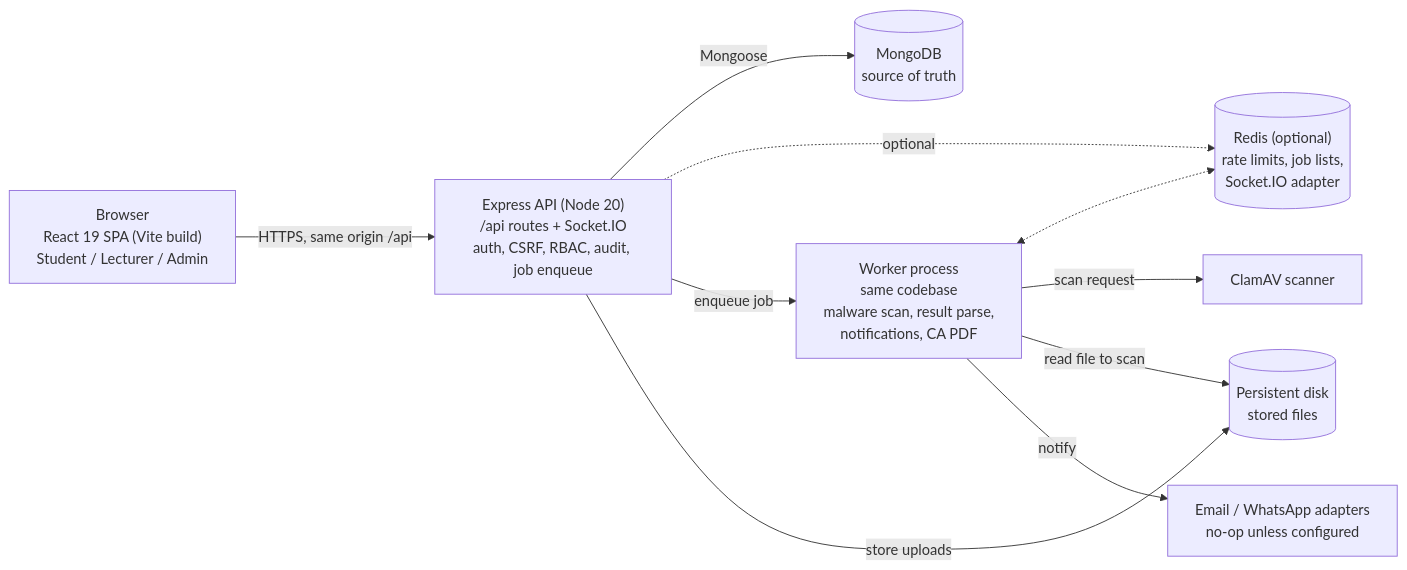
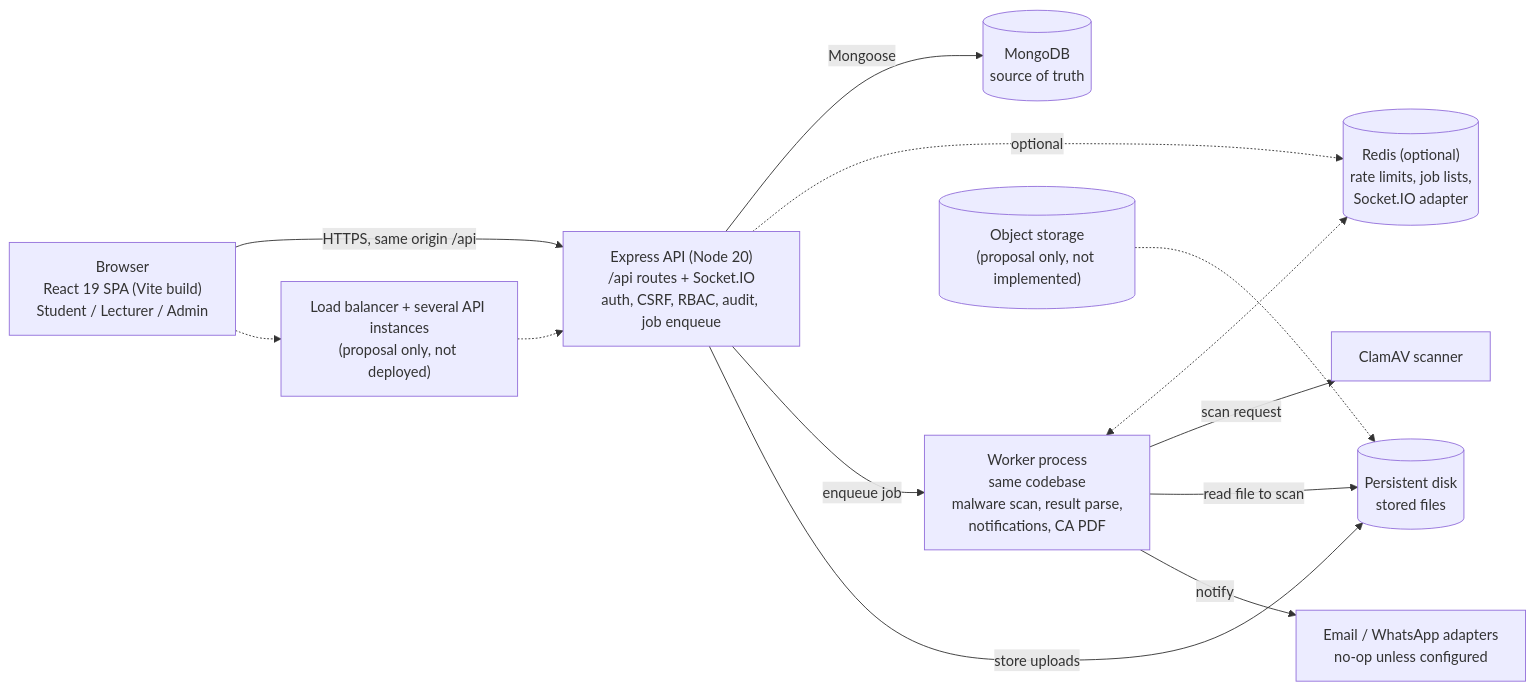
The first of 2 diagrams in README.md (abdullllbasith/SEU-AIMS), drawn with Mermaid before and after one commit. The commit also changed other lines of this file and 2 other files, not shown here.

First line of the commit message:
Align architecture and ER diagrams with the approved proposal

````diff
--- a/README.md
+++ b/README.md
@@ -29,20 +29,25 @@
 ```mermaid
 flowchart LR
   B["Browser<br/>React 19 SPA (Vite build)<br/>Student / Lecturer / Admin"]
   API["Express API (Node 20)<br/>/api routes + Socket.IO<br/>auth, CSRF, RBAC, audit, job enqueue"]
   DB[("MongoDB<br/>source of truth")]
   R[("Redis (optional)<br/>rate limits, job lists,<br/>Socket.IO adapter")]
   W["Worker process<br/>same codebase<br/>malware scan, result parse,<br/>notifications, CA PDF"]
   AV["ClamAV scanner"]
   FS[("Persistent disk<br/>stored files")]
   N["Email / WhatsApp adapters<br/>no-op unless configured"]
+  LB["Load balancer + several API instances<br/>(proposal only, not deployed)"]
+  OS[("Object storage<br/>(proposal only, not implemented)")]
   B -- "HTTPS, same origin /api" --> API
+  B -.-> LB
+  LB -.-> API
+  OS -.-> FS
   API -- Mongoose --> DB
   API -. optional .-> R
   API -- enqueue job --> W
   W <-.-> R
   W -- scan request --> AV
   API -- store uploads --> FS
   W -- read file to scan --> FS
   W -- notify --> N
 ```
````
